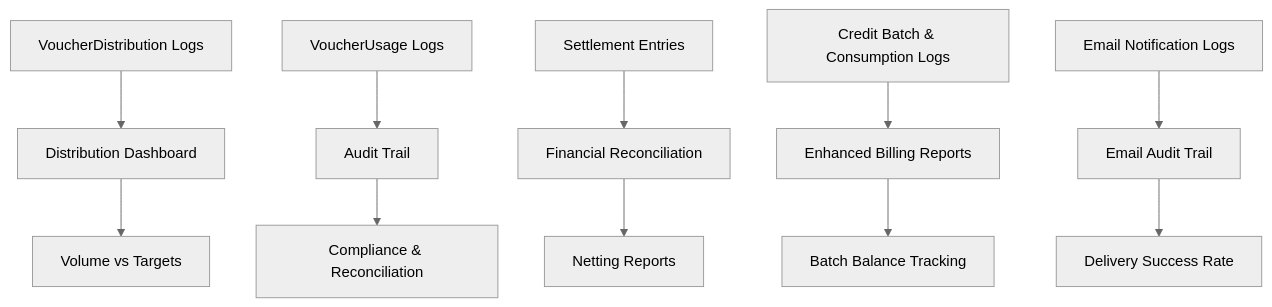
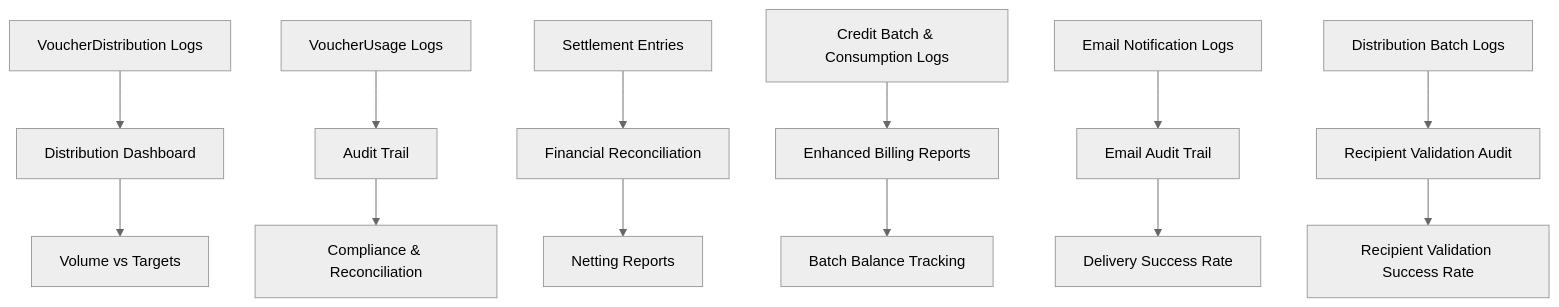
Before and after one commit to lamhongbac/NonCash: the seventh of 25 diagrams in .qoder/repowiki/en/content/Business Logic and Workflows/Business Logic and Workflows.md, drawn with Mermaid (neutral theme). The commit also changed other lines of this file and 111 other files, not shown here.

````diff
--- a/.qoder/repowiki/en/content/Business Logic and Workflows/Business Logic and Workflows.md
+++ b/.qoder/repowiki/en/content/Business Logic and Workflows/Business Logic and Workflows.md
@@ -349,13 +372,15 @@
 ```mermaid
 flowchart TD
 DistLogs["VoucherDistribution Logs"] --> Dash["Distribution Dashboard"]
 UsageLogs["VoucherUsage Logs"] --> Audit["Audit Trail"]
 SettlementLogs["Settlement Entries"] --> Financial["Financial Reconciliation"]
 CreditLogs["Credit Batch & Consumption Logs"] --> Billing["Enhanced Billing Reports"]
 EmailLogs["Email Notification Logs"] --> EmailAudit["Email Audit Trail"]
+BatchLogs["Distribution Batch Logs"] --> BatchAudit["Recipient Validation Audit"]
 Dash --> Metrics["Volume vs Targets"]
 Audit --> Compliance["Compliance & Reconciliation"]
 Financial --> Netting["Netting Reports"]
 Billing --> Balance["Batch Balance Tracking"]
 EmailAudit --> Delivery["Delivery Success Rate"]
+BatchAudit --> Validation["Recipient Validation Success Rate"]
 ```
````
